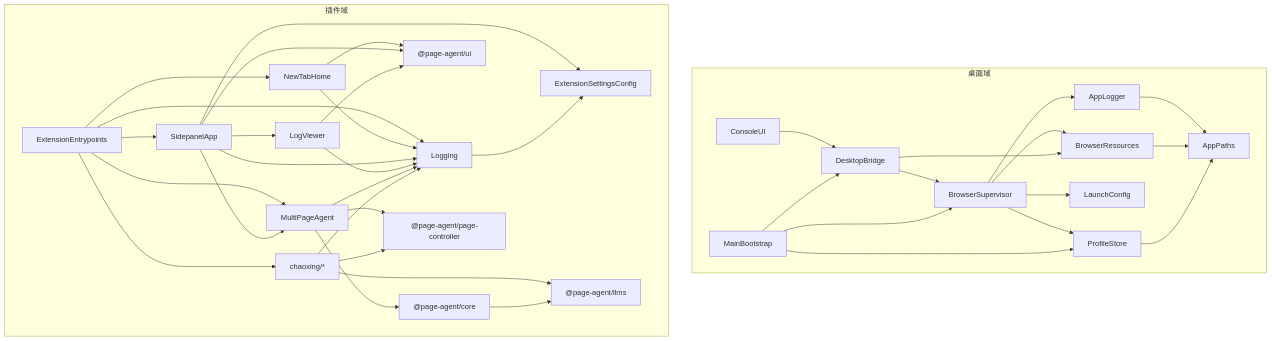
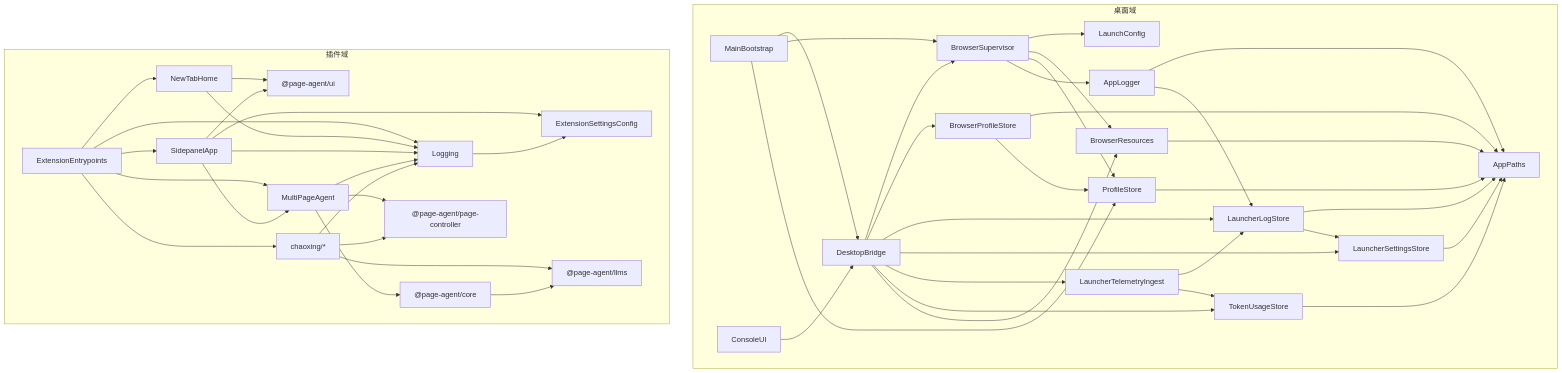
Before and after one commit to SmartSunruiyang/WenXue: the diagram in .project.agents/docs/context/ARCHITECTURE.md, drawn with Mermaid. The commit also changed other lines of this file and 42 other files, not shown here.

Commit message:
feat(desktop): add launcher observability workspace

````diff
--- a/.project.agents/docs/context/ARCHITECTURE.md
+++ b/.project.agents/docs/context/ARCHITECTURE.md
@@ -258,42 +310,53 @@
 ```mermaid
 graph TD
     subgraph 桌面域
         MainBootstrap --> DesktopBridge
         MainBootstrap --> BrowserSupervisor
         MainBootstrap --> ProfileStore
         ConsoleUI --> DesktopBridge
         DesktopBridge --> BrowserSupervisor
+        DesktopBridge --> BrowserProfileStore
+        DesktopBridge --> LauncherLogStore
+        DesktopBridge --> LauncherSettingsStore
+        DesktopBridge --> LauncherTelemetryIngest
+        DesktopBridge --> TokenUsageStore
         DesktopBridge --> BrowserResources
         BrowserSupervisor --> LaunchConfig
         BrowserSupervisor --> BrowserResources
         BrowserSupervisor --> ProfileStore
         BrowserSupervisor --> AppLogger
+        BrowserProfileStore --> AppPaths
+        BrowserProfileStore --> ProfileStore
+        LauncherSettingsStore --> AppPaths
+        LauncherLogStore --> AppPaths
+        LauncherLogStore --> LauncherSettingsStore
+        LauncherTelemetryIngest --> LauncherLogStore
+        LauncherTelemetryIngest --> TokenUsageStore
+        TokenUsageStore --> AppPaths
         ProfileStore --> AppPaths
         BrowserResources --> AppPaths
         AppLogger --> AppPaths
+        AppLogger --> LauncherLogStore
     end
     subgraph 插件域
         ExtensionEntrypoints --> SidepanelApp
         ExtensionEntrypoints --> NewTabHome
         ExtensionEntrypoints --> Logging
         NewTabHome --> PA_UI["@page-agent/ui"]
         NewTabHome --> Logging
         ExtensionEntrypoints --> MultiPageAgent
         ExtensionEntrypoints --> Chaoxing["chaoxing/*"]
         SidepanelApp --> MultiPageAgent
         SidepanelApp --> ExtensionSettingsConfig
-        SidepanelApp --> LogViewer
         SidepanelApp --> Logging
         SidepanelApp --> PA_UI["@page-agent/ui"]
-        LogViewer --> Logging
-        LogViewer --> PA_UI
         Logging --> ExtensionSettingsConfig
         MultiPageAgent --> PA_CORE["@page-agent/core"]
         MultiPageAgent --> PA_PC["@page-agent/page-controller"]
         MultiPageAgent --> Logging
         Chaoxing --> PA_LLMS["@page-agent/llms"]
         Chaoxing --> PA_PC["@page-agent/page-controller"]
         Chaoxing --> Logging
         PA_CORE --> PA_LLMS["@page-agent/llms"]
     end
 ```
````
